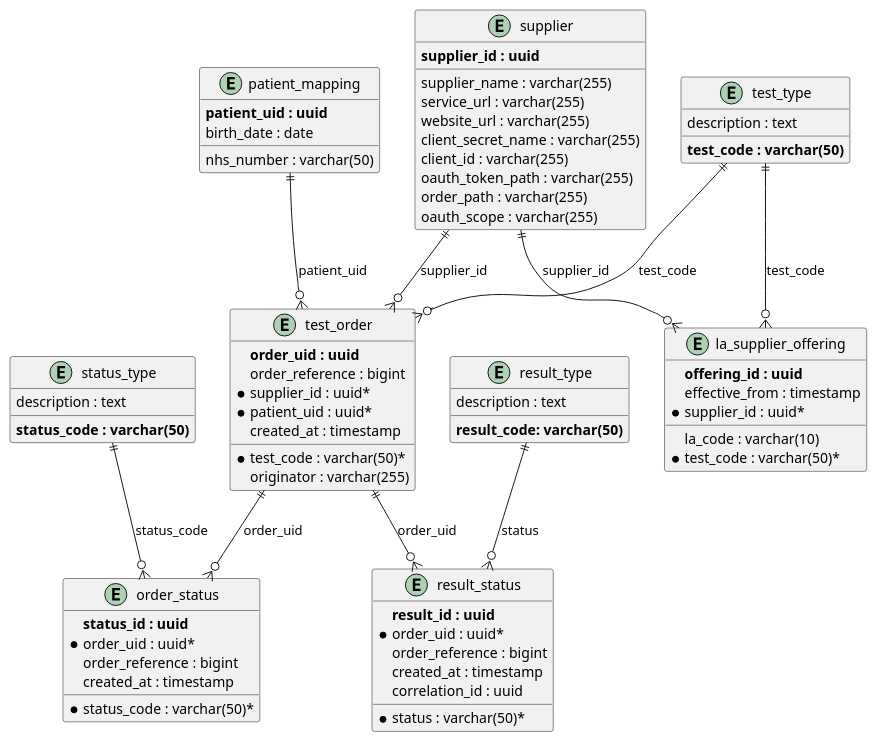
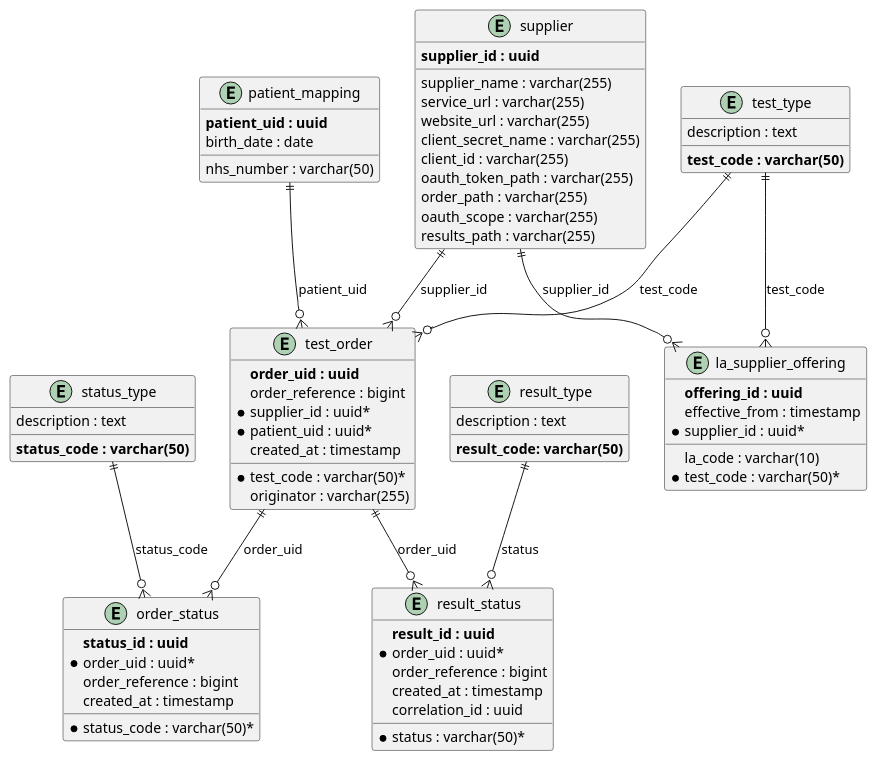
The diagram in database/schema_diagram.puml (NHSDigital/hometest-service), drawn with PlantUML before and after one commit.

Commit message:
refactor: update schema

```diff
--- a/database/schema_diagram.puml
+++ b/database/schema_diagram.puml
@@ -1,84 +1,85 @@
 @startuml
 entity "patient_mapping" as patient {
   **patient_uid : uuid**
   nhs_number : varchar(50)
   birth_date : date
 }
 
 entity "test_type" as test {
   **test_code : varchar(50)**
   description : text
 }
 
 entity "supplier" as supplier {
   **supplier_id : uuid**
   supplier_name : varchar(255)
   service_url : varchar(255)
   website_url : varchar(255)
   client_secret_name : varchar(255)
   client_id : varchar(255)
   oauth_token_path : varchar(255)
   order_path : varchar(255)
   oauth_scope : varchar(255)
+  results_path : varchar(255)
 }
 
 entity "la_supplier_offering" as offering {
   **offering_id : uuid**
   la_code : varchar(10)
   effective_from : timestamp
   *supplier_id : uuid*
   *test_code : varchar(50)*
 }
 
 entity "test_order" as orders {
   **order_uid : uuid**
   order_reference : bigint
   *supplier_id : uuid*
   *patient_uid : uuid*
   *test_code : varchar(50)*
   originator : varchar(255)
   created_at : timestamp
 }
 
 entity "status_type" as status_type {
   **status_code : varchar(50)**
   description : text
 }
 
 entity "order_status" as order_status {
   **status_id : uuid**
   *order_uid : uuid*
   order_reference : bigint
   *status_code : varchar(50)*
   created_at : timestamp
 }
 
 entity "result_type" as result_type {
   **result_code: varchar(50)**
   description : text
 }
 
 entity "result_status" as result_status {
   **result_id : uuid**
   *order_uid : uuid*
   order_reference : bigint
   *status : varchar(50)*
   created_at : timestamp
   correlation_id : uuid
 }
 
 ' Relationships
 patient ||--o{ orders : "patient_uid"
 supplier ||--o{ orders : "supplier_id"
 test ||--o{ orders : "test_code"
 
 supplier ||--o{ offering : "supplier_id"
 test ||--o{ offering : "test_code"
 
 orders ||--o{ order_status : "order_uid"
 orders ||--o{ result_status : "order_uid"
 
 status_type ||--o{ order_status : "status_code"
 result_type ||--o{ result_status : "status"
 
 @enduml
```
